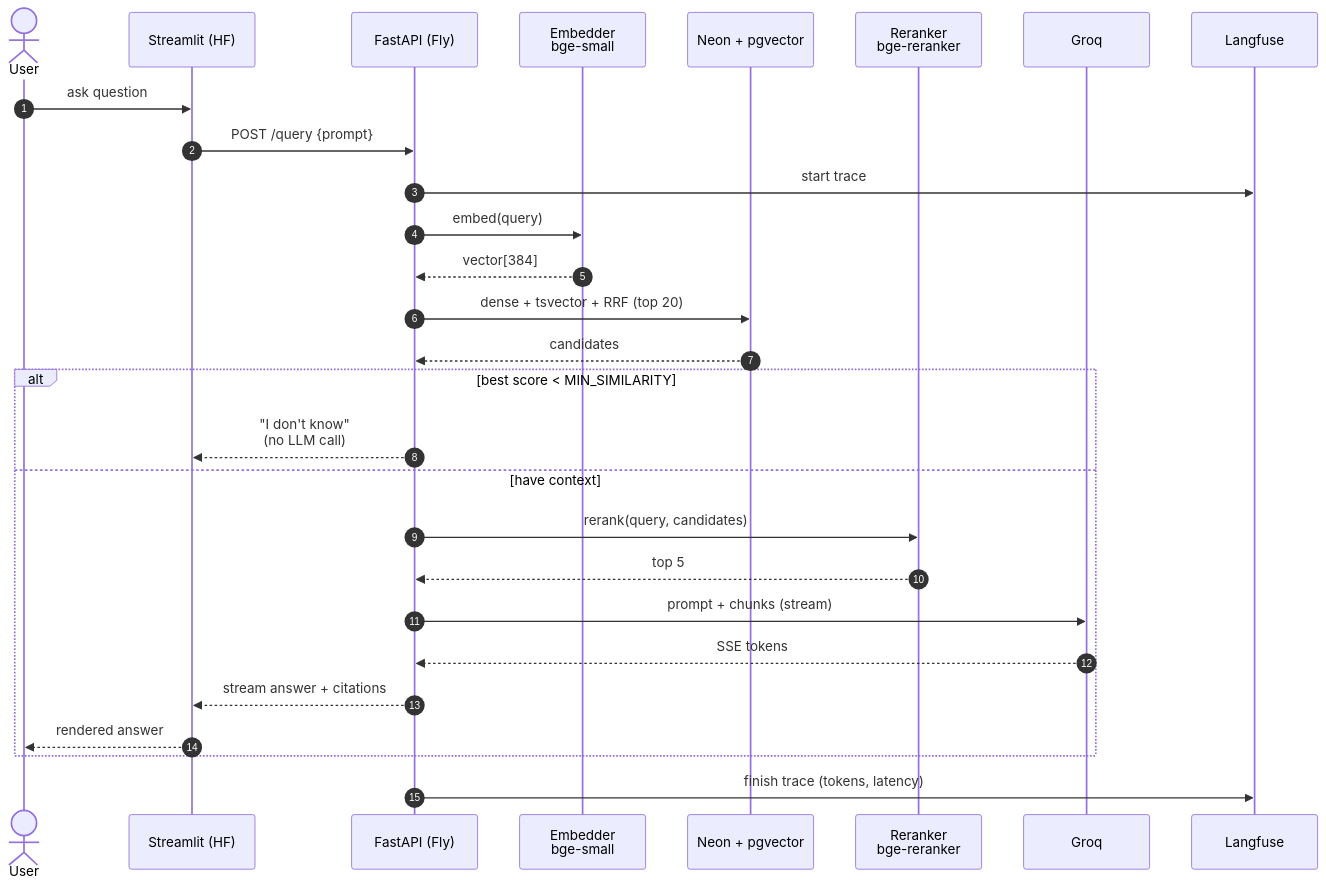
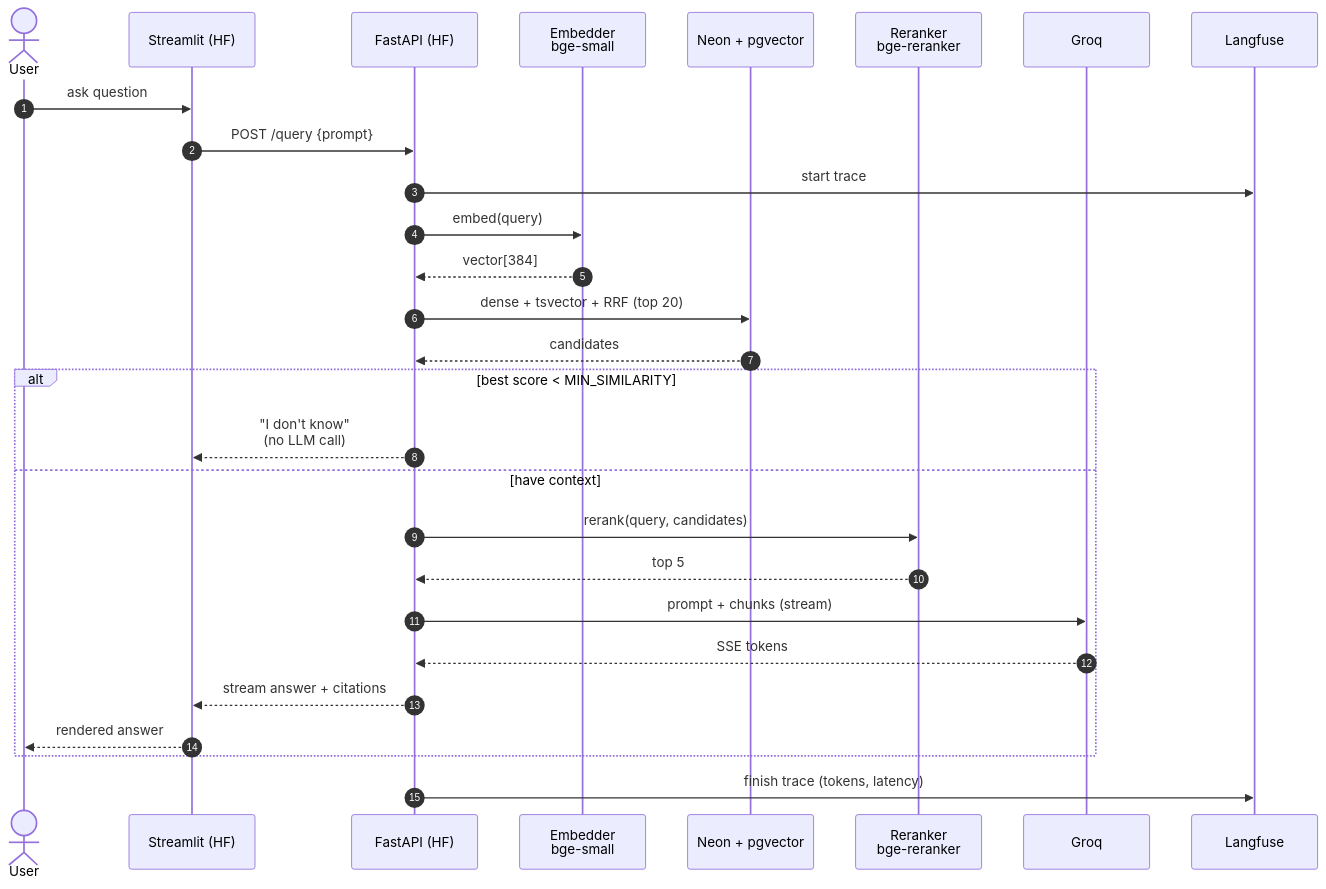
The second of 3 diagrams in ARCHITECTURE.md (vinaldsz/ai-pdf-assistant), drawn with Mermaid before and after one commit. The commit also changed other lines of this file and 2 other files, not shown here.

First line of the commit message:
Add RUNBOOK.md; rewrite README + update ARCHITECTURE for HF Spaces

````diff
--- a/ARCHITECTURE.md
+++ b/ARCHITECTURE.md
@@ -89,31 +87,31 @@
 ```mermaid
 sequenceDiagram
     autonumber
     actor U as User
     participant UI as Streamlit (HF)
-    participant API as FastAPI (Fly)
+    participant API as FastAPI (HF)
     participant E as Embedder<br/>bge-small
     participant DB as Neon + pgvector
     participant RR as Reranker<br/>bge-reranker
     participant LLM as Groq
     participant LF as Langfuse
 
     U->>UI: ask question
     UI->>API: POST /query {prompt}
     API->>LF: start trace
     API->>E: embed(query)
     E-->>API: vector[384]
     API->>DB: dense + tsvector + RRF (top 20)
     DB-->>API: candidates
     alt best score < MIN_SIMILARITY
         API-->>UI: "I don't know"<br/>(no LLM call)
     else have context
         API->>RR: rerank(query, candidates)
         RR-->>API: top 5
         API->>LLM: prompt + chunks (stream)
         LLM-->>API: SSE tokens
         API-->>UI: stream answer + citations
         UI-->>U: rendered answer
     end
     API->>LF: finish trace (tokens, latency)
 ```
````
